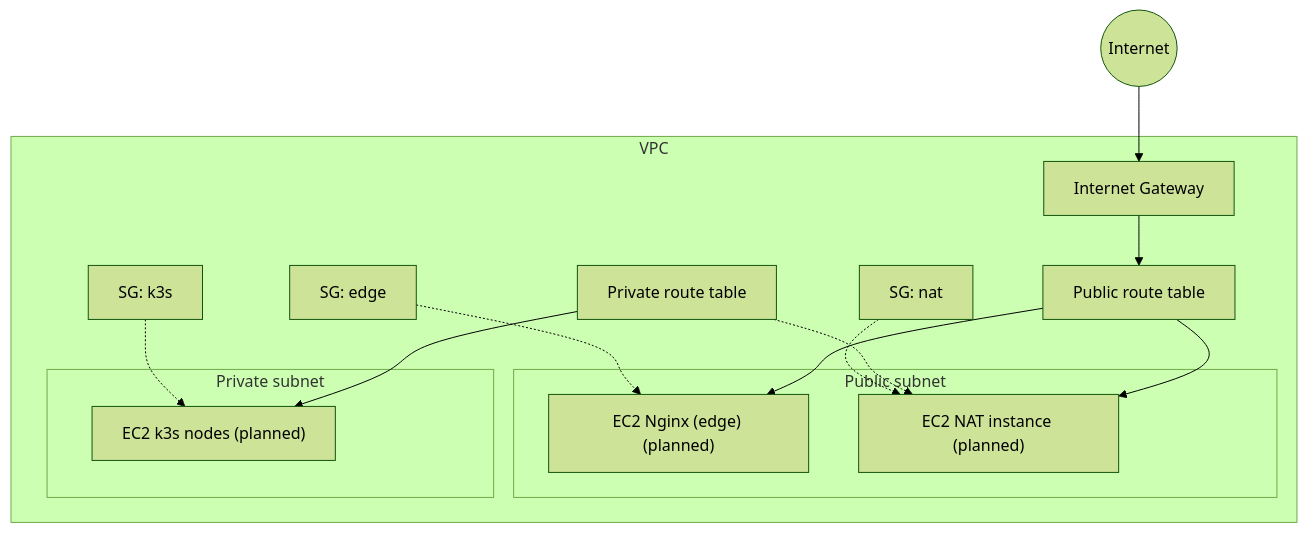
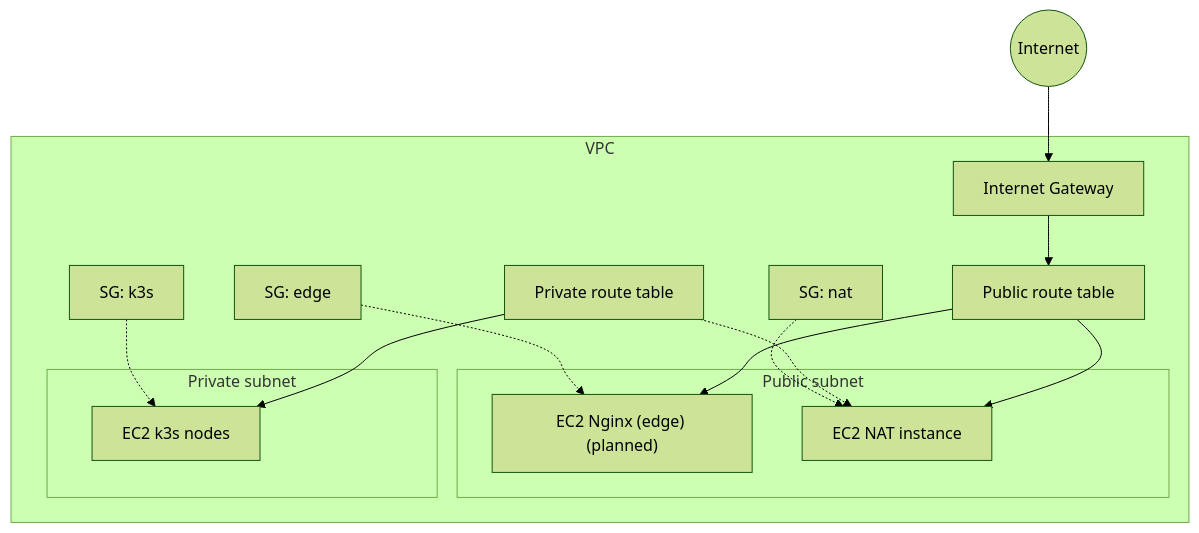
One commit to ClementV78/CloudRadar changed the second of 2 diagrams in docs/architecture/infrastructure.md. Above: the diagram before and after it, drawn with Mermaid (forest theme). The commit also changed other lines of this file and 2 other files, not shown here.

First line of the commit message:
docs(architecture): refresh infra inventory

````diff
--- a/docs/architecture/infrastructure.md
+++ b/docs/architecture/infrastructure.md
@@ -24,35 +30,35 @@
 ```mermaid
 flowchart TB
   internet((Internet))
 
   subgraph VPC["VPC"]
     igw["Internet Gateway"]
 
     subgraph Public["Public subnet"]
       edge["EC2 Nginx (edge) (planned)"]
-      nat["EC2 NAT instance (planned)"]
+      nat["EC2 NAT instance"]
     end
 
     subgraph Private["Private subnet"]
-      k3s["EC2 k3s nodes (planned)"]
+      k3s["EC2 k3s nodes"]
     end
 
     publicRT["Public route table"]
     privateRT["Private route table"]
 
     edgeSG["SG: edge"]
     natSG["SG: nat"]
     k3sSG["SG: k3s"]
   end
 
   internet --> igw
   igw --> publicRT
   publicRT --> edge
   publicRT --> nat
   privateRT --> k3s
   privateRT -.-> nat
 
   edgeSG -.-> edge
   natSG -.-> nat
   k3sSG -.-> k3s
 ```
````
